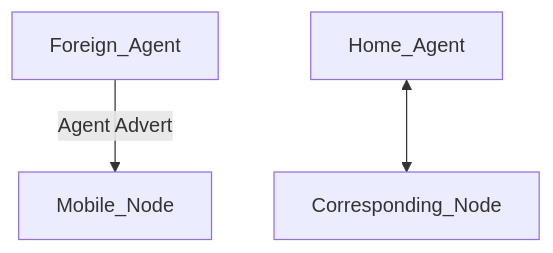
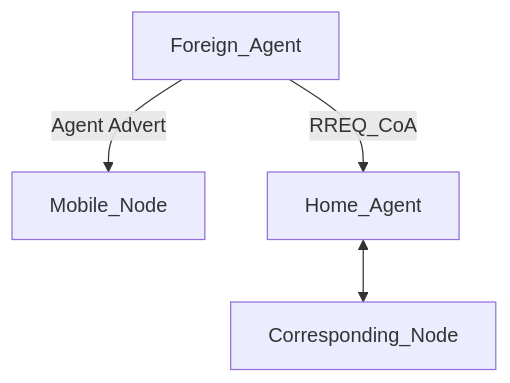
Before and after one commit to juakali-networks/mip: the diagram in README.md, drawn with Mermaid.

Commit message:
Added diagram to ReadMe

````diff
--- a/README.md
+++ b/README.md
@@ -26,5 +26,6 @@
 ```mermaid
 flowchart TD;
     Foreign_Agent-->|Agent Advert|Mobile_Node;
     Home_Agent<-->Corresponding_Node;
+    Foreign_Agent-->|RREQ_CoA|Home_Agent;
 ```
````
